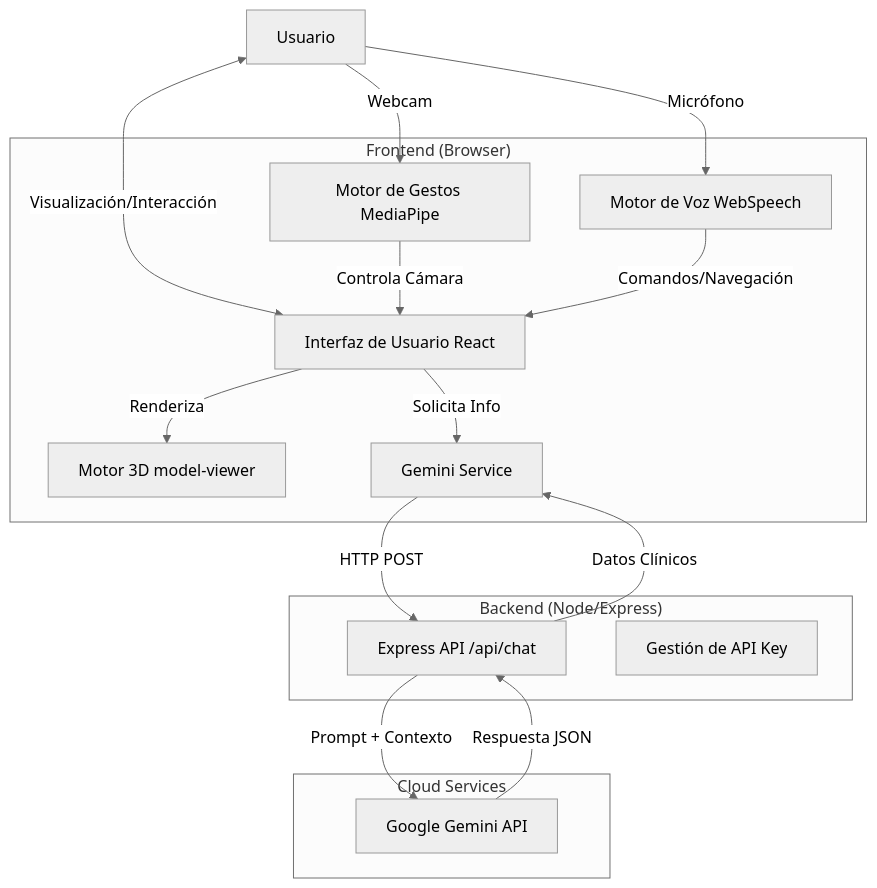
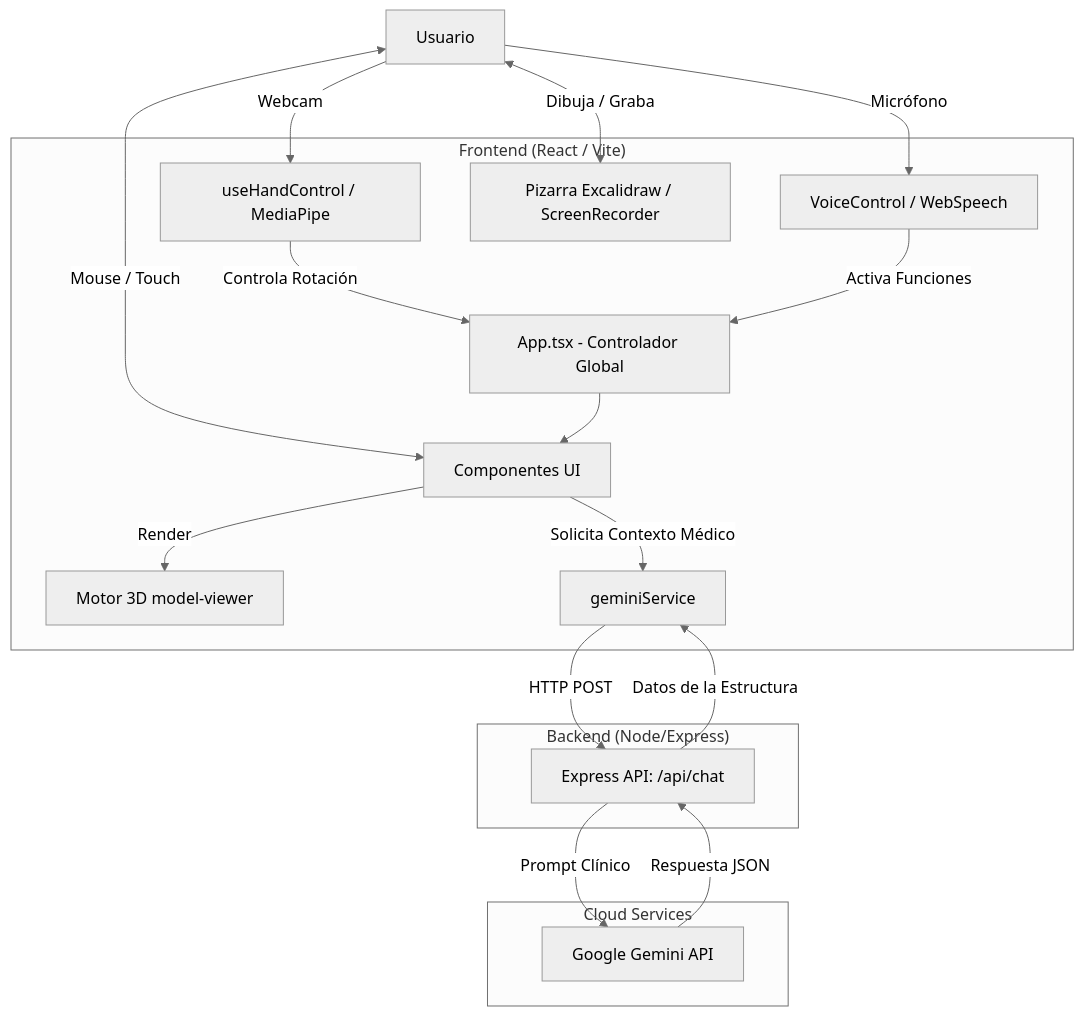
Before and after one commit to chris1597b/AIRSTARK: the diagram in ARCHITECTURE.md, drawn with Mermaid (neutral theme). The commit also changed other lines of this file and 3 other files, not shown here.

````diff
--- a/ARCHITECTURE.md
+++ b/ARCHITECTURE.md
@@ -32,36 +28,39 @@
 ```mermaid
 graph TD
     User[Usuario]
     
-    subgraph "Frontend (Browser)"
-        UI[Interfaz de Usuario React]
+    subgraph "Frontend (React / Vite)"
+        App[App.tsx - Controlador Global]
+        UI[Componentes UI]
         3D[Motor 3D model-viewer]
-        Gestures[Motor de Gestos MediaPipe]
-        Voice[Motor de Voz WebSpeech]
-        Service[Gemini Service]
+        Gestures[useHandControl / MediaPipe]
+        Voice[VoiceControl / WebSpeech]
+        Tools[Pizarra Excalidraw / ScreenRecorder]
+        Service[geminiService]
     end
     
     subgraph "Backend (Node/Express)"
-        API[Express API /api/chat]
-        Auth[Gestión de API Key]
+        API[Express API: /api/chat]
     end
     
     subgraph "Cloud Services"
         Gemini[Google Gemini API]
     end
 
-    User <-->|Visualización/Interacción| UI
+    User <-->|Mouse / Touch| UI
     User -->|Webcam| Gestures
     User -->|Micrófono| Voice
+    User <-->|Dibuja / Graba| Tools
     
-    UI -->|Renderiza| 3D
-    Gestures -->|Controla Cámara| UI
-    Voice -->|Comandos/Navegación| UI
+    UI -->|Render| 3D
+    Gestures -->|Controla Rotación| App
+    Voice -->|Activa Funciones| App
+    App --> UI
     
-    UI -->|Solicita Info| Service
+    UI -->|Solicita Contexto Médico| Service
     Service -->|HTTP POST| API
     
-    API -->|Prompt + Contexto| Gemini
+    API -->|Prompt Clínico| Gemini
     Gemini -->|Respuesta JSON| API
-    API -->|Datos Clínicos| Service
+    API -->|Datos de la Estructura| Service
 ```
````
